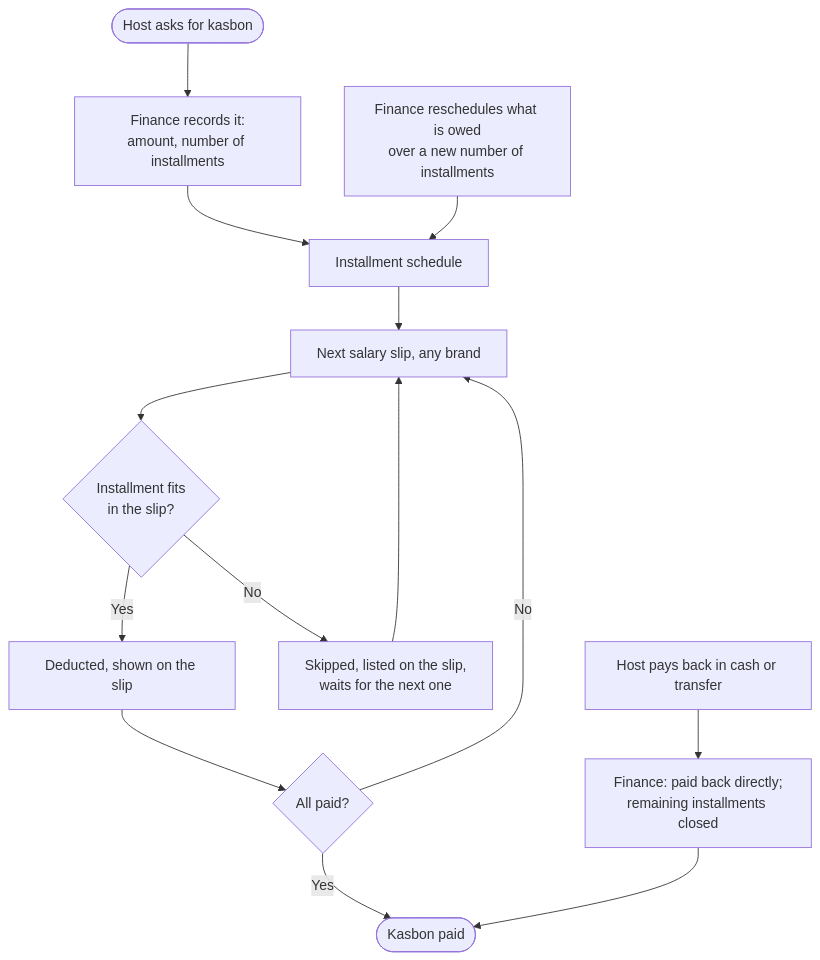
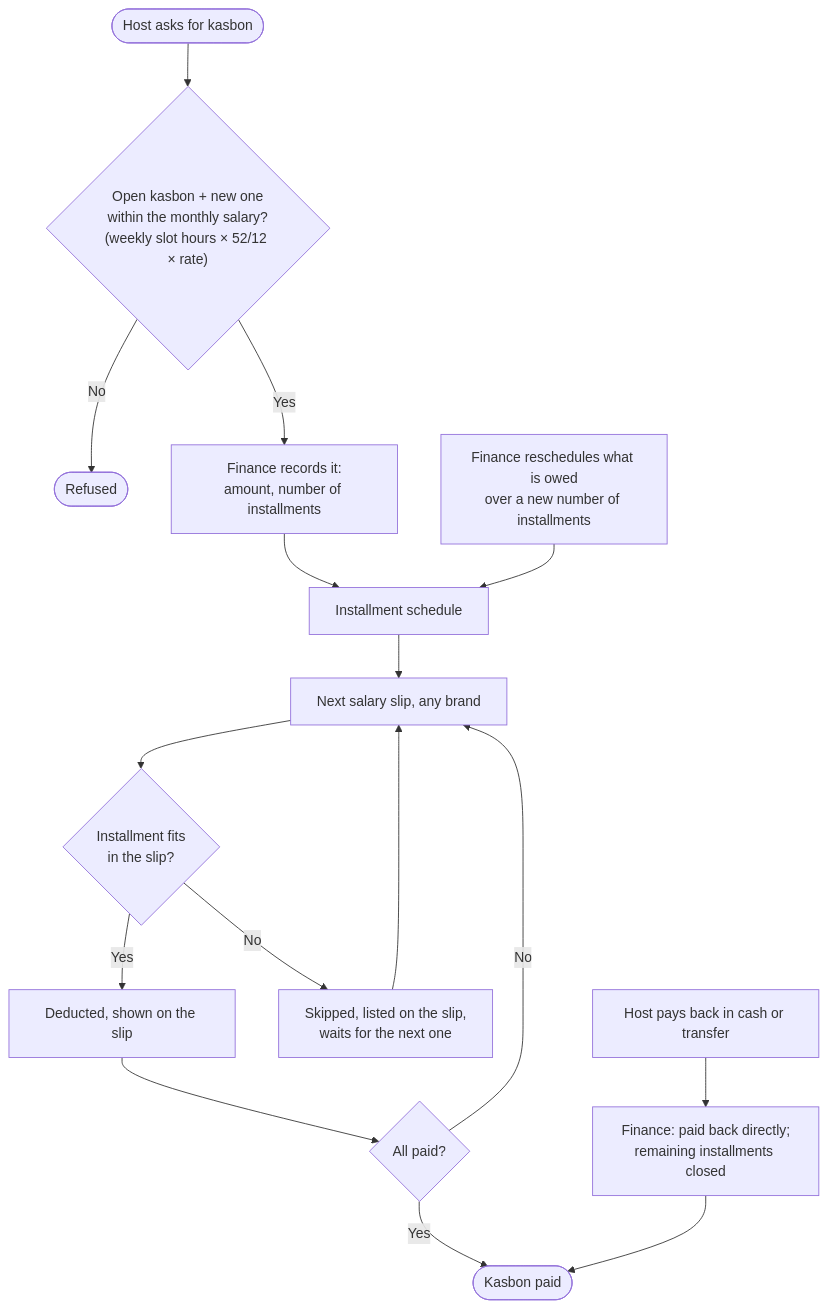
Diagram 11 of 13 in FLOWCHART.md (Adomancer/VidHelp), drawn with Mermaid before and after one commit. The commit also changed other lines of this file and 23 other files, not shown here.

````diff
--- a/FLOWCHART.md
+++ b/FLOWCHART.md
@@ -229,16 +229,18 @@
 ```mermaid
 flowchart TD
-  A(["Host asks for kasbon"]) --> B["Finance records it:<br/>amount, number of installments"]
+  A(["Host asks for kasbon"]) --> A2{"Open kasbon + new one<br/>within the monthly salary?<br/>(weekly slot hours × 52/12 × rate)"}
+  A2 -->|No| A3(["Refused"])
+  A2 -->|Yes| B["Finance records it:<br/>amount, number of installments"]
   B --> C["Installment schedule"]
   C --> D["Next salary slip, any brand"]
   D --> E{"Installment fits<br/>in the slip?"}
   E -->|Yes| F["Deducted, shown on the slip"]
   E -->|No| G["Skipped, listed on the slip,<br/>waits for the next one"]
   G --> D
   F --> H{"All paid?"}
   H -->|No| D
   H -->|Yes| I(["Kasbon paid"])
   J["Host pays back in cash or transfer"] --> K["Finance: paid back directly;<br/>remaining installments closed"]
   K --> I
   L["Finance reschedules what is owed<br/>over a new number of installments"] --> C
 ```
````
